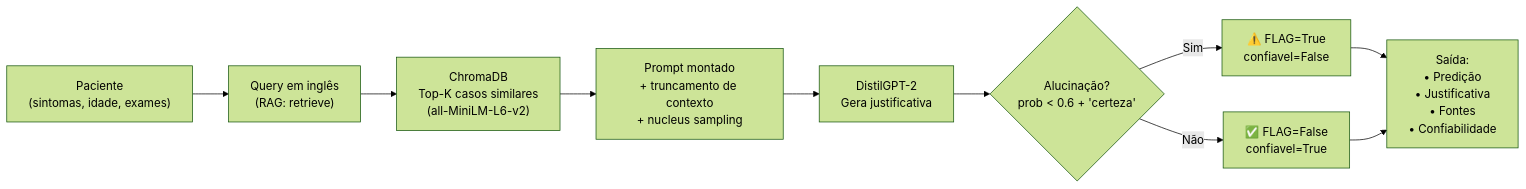
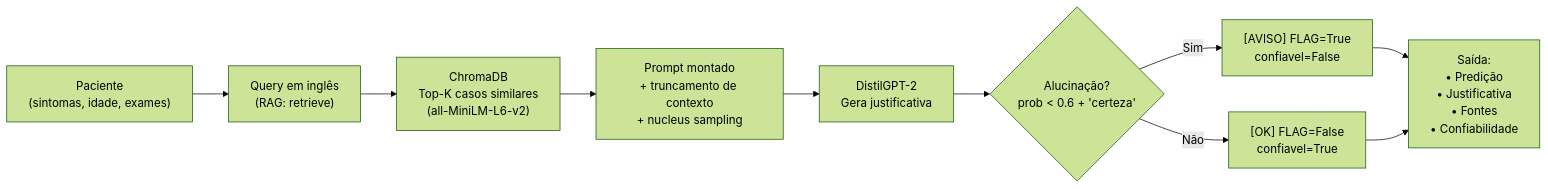
One commit to JacAbreu/mosaic-fl changed the third of 4 diagrams in README_v2.md. Above: the diagram before and after it, drawn with Mermaid (forest theme). The commit also changed other lines of this file and 73 other files, not shown here.

````diff
--- a/README_v2.md
+++ b/README_v2.md
@@ -195,12 +195,12 @@
 ```mermaid
 flowchart LR
     PAT["Paciente<br/>(sintomas, idade, exames)"] --> QUERY["Query em inglês<br/>(RAG: retrieve)"]
     QUERY --> CHROMA["ChromaDB<br/>Top-K casos similares<br/>(all-MiniLM-L6-v2)"]
     CHROMA --> PROMPT["Prompt montado<br/>+ truncamento de contexto<br/>+ nucleus sampling"]
     PROMPT --> LLM["DistilGPT-2<br/>Gera justificativa"]
     LLM --> CHECK{"Alucinação?<br/>prob < 0.6 + 'certeza'"}
-    CHECK -->|Sim| FLAG["⚠️ FLAG=True<br/>confiavel=False"]
-    CHECK -->|Não| OK["✅ FLAG=False<br/>confiavel=True"]
+    CHECK -->|Sim| FLAG["[AVISO] FLAG=True<br/>confiavel=False"]
+    CHECK -->|Não| OK["[OK] FLAG=False<br/>confiavel=True"]
     FLAG --> OUT["Saída:<br/>• Predição<br/>• Justificativa<br/>• Fontes<br/>• Confiabilidade"]
     OK --> OUT
 ```
````
